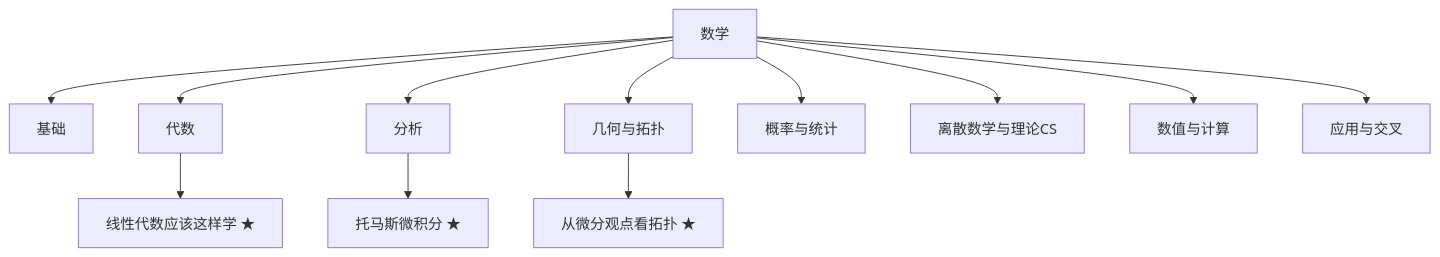
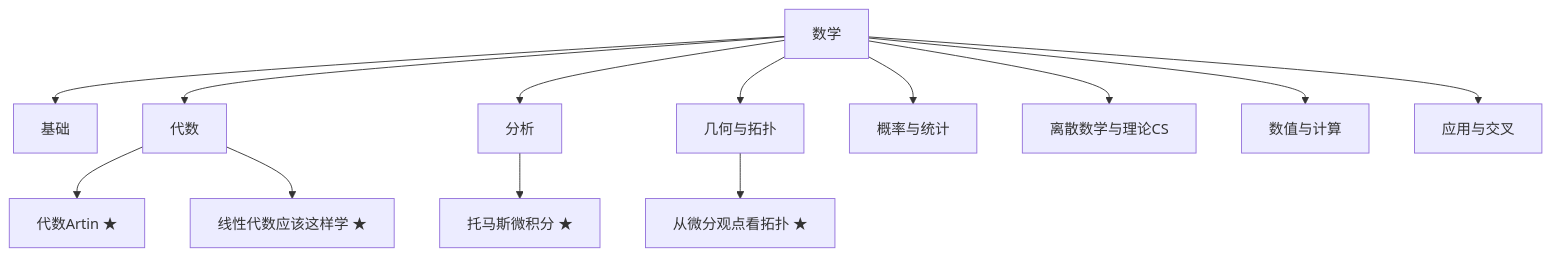
Before and after one commit to lyp0746/lyp-notes: the diagram in 数学大地图.md, drawn with Mermaid. The commit also changed other lines of this file and 63 other files, not shown here.

Commit message:
整理 Artin《代数》：raw 合并三份分片并按章拆分+去样板（16 章/313 轮）；编译 28 概念+2 实体+导读+4 产出；更新全部索引与数学大地图

````diff
--- a/数学大地图.md
+++ b/数学大地图.md
@@ -30,15 +30,16 @@
 ```mermaid
 graph TD
   M[数学]
   M --> base[基础]
   M --> alg[代数]
+  alg --> AT[代数Artin ★]
   alg --> LA[线性代数应该这样学 ★]
   M --> ana[分析]
   ana --> CA[托马斯微积分 ★]
   M --> geo[几何与拓扑]
   geo --> DT[从微分观点看拓扑 ★]
   M --> prob[概率与统计]
   M --> disc[离散数学与理论CS]
   M --> num[数值与计算]
   M --> app[应用与交叉]
 ```
````
